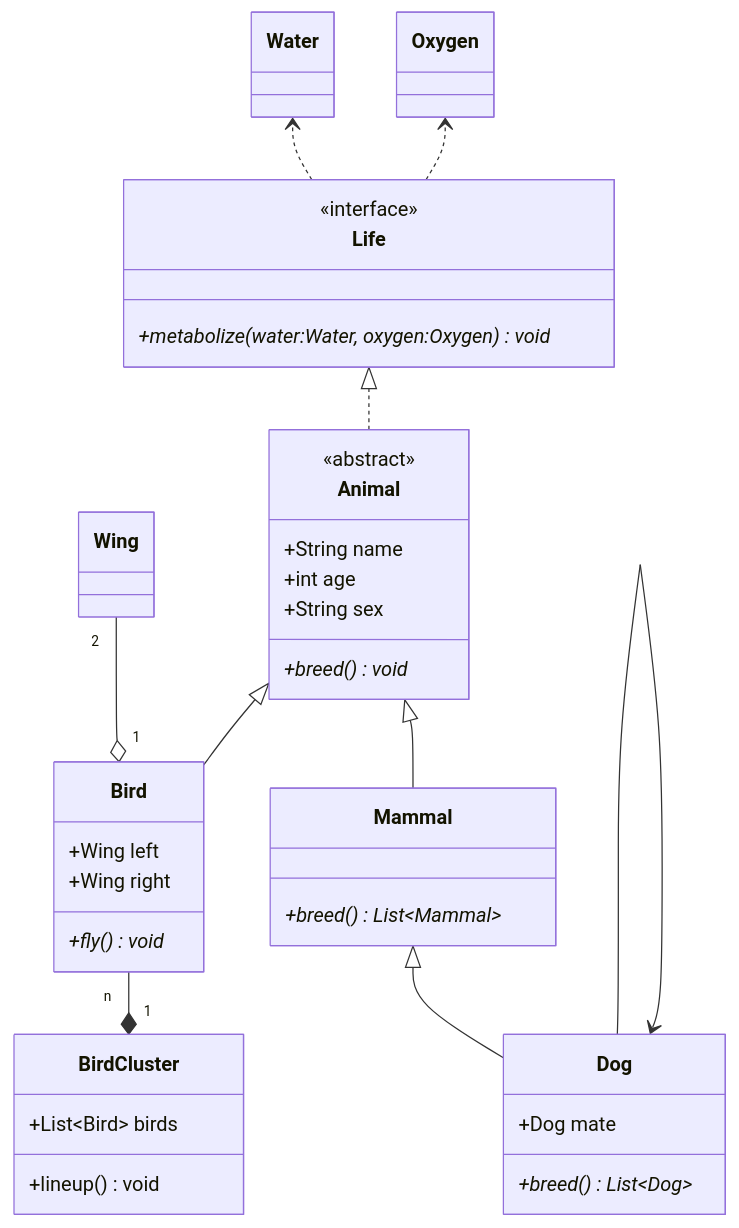
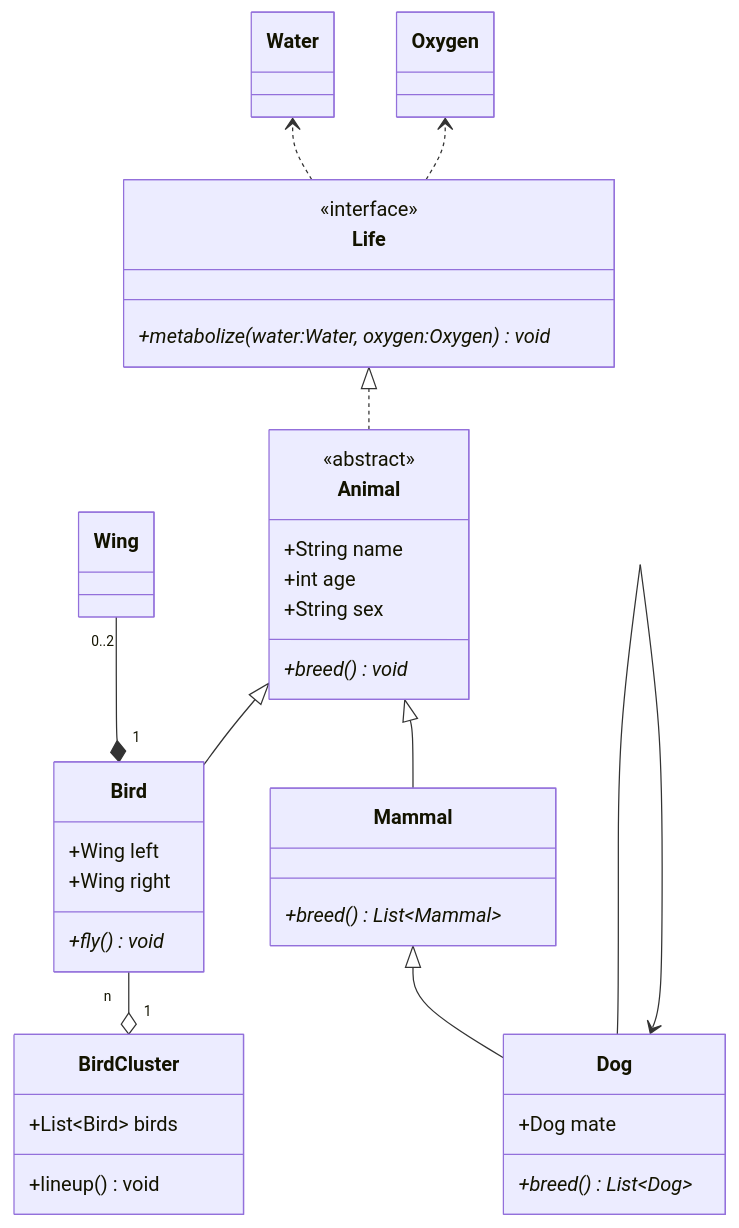
The diagram in _posts/2021/2021-12-11-mermaind-class-diagram.md (PasseRR/passerr.github.io), drawn with Mermaid before and after one commit.

Commit message:
class diagram

````diff
--- a/_posts/2021/2021-12-11-mermaind-class-diagram.md
+++ b/_posts/2021/2021-12-11-mermaind-class-diagram.md
@@ -403,57 +403,57 @@
 ```mermaid
 classDiagram
 direction BT
 %% 代谢基础水和氧气
 class Water
 class Oxygen
 %% 生命接口
 class Life {
     <<interface>>
     +metabolize(water:Water, oxygen:Oxygen)* void
 }
 Life ..> Water
 Life ..> Oxygen
 %% 动物
 class Animal {
     <<abstract>>
     +String name
     +int age
     +String sex
     
     +breed()* void
 }
 %% 实现生命接口
 Animal ..|> Life
 
 %% 哺乳动物继承动物
 class Mammal {
     +breed()* List~Mammal~
 }
 Mammal --|> Animal
 
 class Dog {
     +Dog mate
     +breed()* List~Dog~
 }
 Dog --|> Mammal
 Dog --> Dog
 
-%% 鸟类继承动物，并且鸟有一双翅膀
+%% 鸟类继承动物，并且鸟有0至2只翅膀
 class Wing
 class Bird {
     +Wing left
     +Wing right
     +fly()* void
 }
-Bird "1" o-- "2" Wing
+Bird "1" *-- "0..2" Wing
 Bird --|> Animal
 
 %% 鸟群
 class BirdCluster {
     +List~Bird~ birds
     
     +lineup() void
 }
 
-BirdCluster "1" *-- "n" Bird
+BirdCluster "1" o-- "n" Bird
 ```
````
